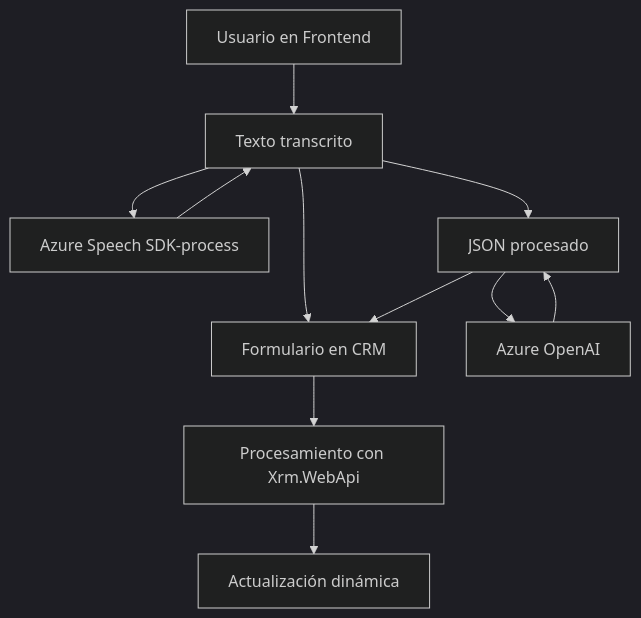
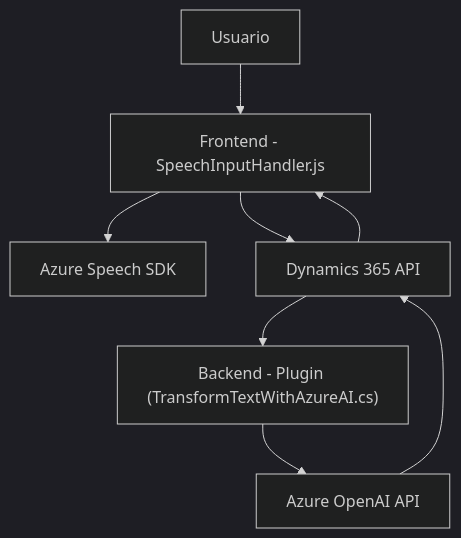
One commit to blopezdm/NETCORE_BILBAO2025 changed the diagram in README.md. Above: the diagram before and after it, drawn with Mermaid (dark theme). The commit also changed other lines of this file, not shown here.

Commit message:
Actualizar análisis global de la solución con IA

````diff
--- a/README.md
+++ b/README.md
@@ -46,13 +41,12 @@
 ```mermaid
 graph TD
-    A["Usuario en Frontend"] --> B["JavaScript voiceInput.js"]
-    B --> C["Azure Speech SDK-process"]
-    C --> B["Texto transcrito"]
-    B --> D["Formulario en CRM"]
-    D --> E["Procesamiento con Xrm.WebApi"]
-    E --> F["Actualización dinámica"]
-    B --> G["CallCustomApi"]
-    G --> H["Azure OpenAI"]
-    H --> G["JSON procesado"]
-    G --> D
+    A["Usuario"] --> B["Frontend - SpeechInputHandler.js"]
+    B --> C["Azure Speech SDK"]
+    B --> D["Dynamics 365 API"]
+    
+    D --> E["Backend - Plugin (TransformTextWithAzureAI.cs)"]
+    E --> F["Azure OpenAI API"]
+    
+    F --> D
+    D --> B
 ```
````
